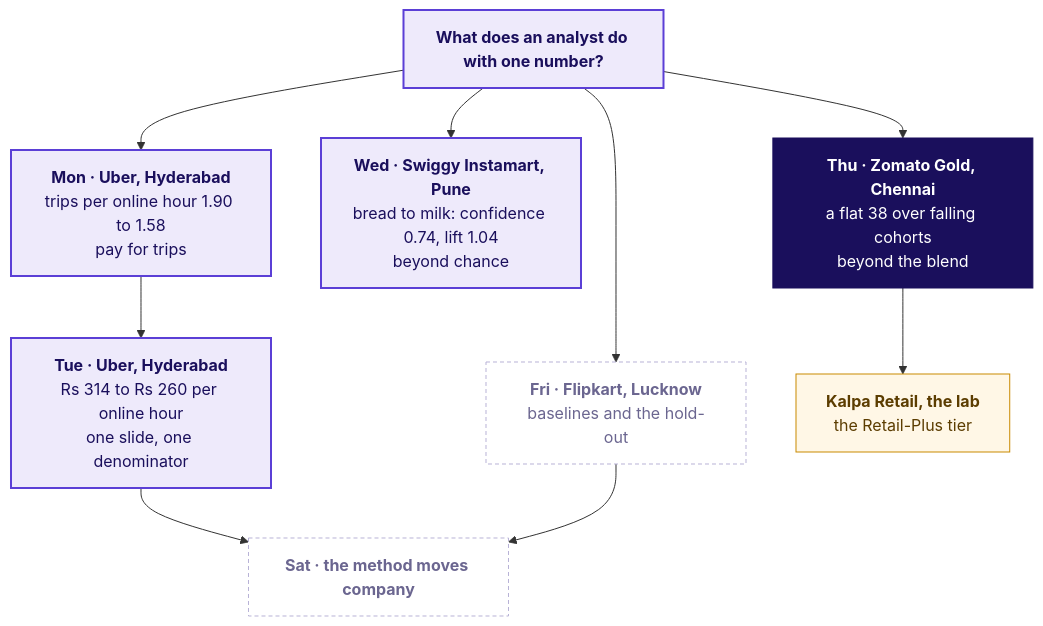
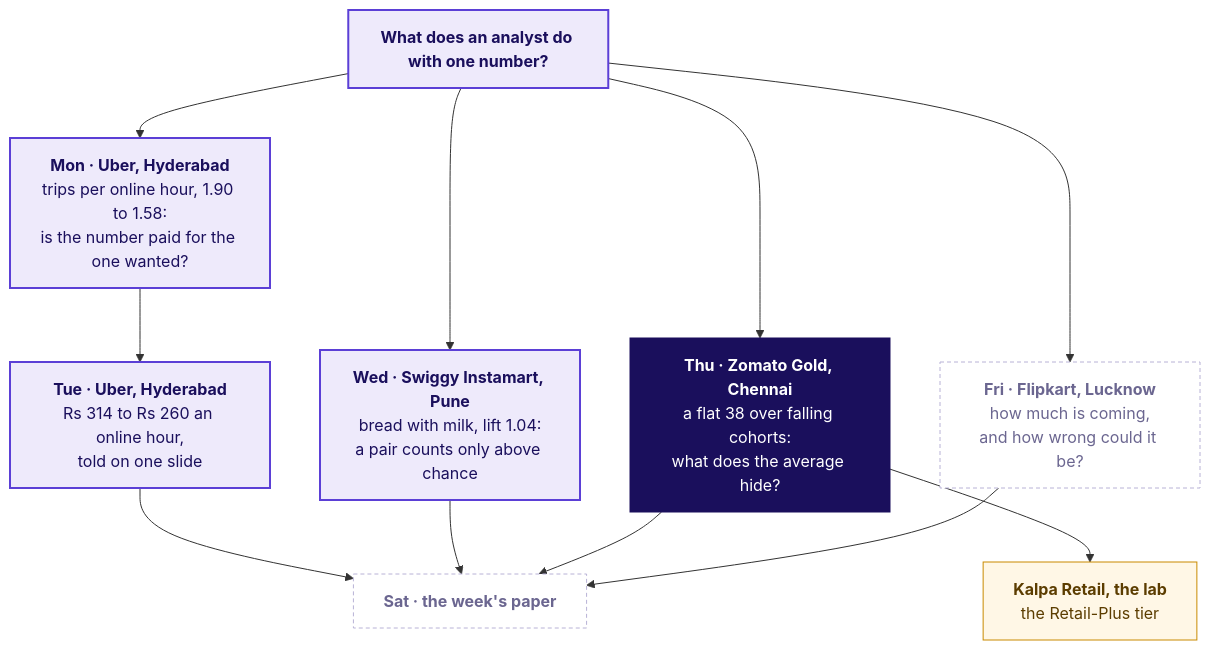
One commit to fde-academy-lab/c2-content-factory changed the first of 6 diagrams in content/W04/D4/slides/C2_W04_D04_half1_STUDENT.md. Above: the diagram before and after it, drawn with Mermaid. The commit also changed other lines of this file and 5 other files, not shown here.

````diff
--- a/content/W04/D4/slides/C2_W04_D04_half1_STUDENT.md
+++ b/content/W04/D4/slides/C2_W04_D04_half1_STUDENT.md
@@ -40,26 +42,28 @@
 ```mermaid
 flowchart TD
     C["<b>What does an analyst do with one number?</b>"]
-    M["<b>Mon · Uber, Hyderabad</b><br/>trips per online hour 1.90 to 1.58<br/>pay for trips"]
-    T["<b>Tue · Uber, Hyderabad</b><br/>Rs 314 to Rs 260 per online hour<br/>one slide, one denominator"]
-    W["<b>Wed · Swiggy Instamart, Pune</b><br/>bread to milk: confidence 0.74, lift 1.04<br/>beyond chance"]
-    H["<b>Thu · Zomato Gold, Chennai</b><br/>a flat 38 over falling cohorts<br/>beyond the blend"]
-    F["<b>Fri · Flipkart, Lucknow</b><br/>baselines and the hold-out"]
-    S["<b>Sat · the method moves company</b>"]
+    M["<b>Mon · Uber, Hyderabad</b><br/>trips per online hour, 1.90 to 1.58:<br/>is the number paid for the one wanted?"]
+    T["<b>Tue · Uber, Hyderabad</b><br/>Rs 314 to Rs 260 an online hour,<br/>told on one slide"]
+    W["<b>Wed · Swiggy Instamart, Pune</b><br/>bread with milk, lift 1.04:<br/>a pair counts only above chance"]
+    H["<b>Thu · Zomato Gold, Chennai</b><br/>a flat 38 over falling cohorts:<br/>what does the average hide?"]
+    F["<b>Fri · Flipkart, Lucknow</b><br/>how much is coming,<br/>and how wrong could it be?"]
+    S["<b>Sat · the week's paper</b>"]
     K["<b>Kalpa Retail, the lab</b><br/>the Retail-Plus tier"]
     C --> M --> T
     C --> W
     C --> H
     C --> F
     H --> K
     T --> S
+    W --> S
+    H --> S
     F --> S
     classDef lit fill:#1A0F5C,stroke:#1A0F5C,color:#FFFFFF
     classDef known fill:#EEEAFB,stroke:#5B3FD6,color:#1A0F5C,stroke-width:2px
     classDef unknown fill:#FFFFFF,stroke:#B8B2D6,color:#6B6690,stroke-dasharray:4 3
     classDef kalpa fill:#FFF7E6,stroke:#C98A00,color:#5C3D00
     class C,M,T,W known
     class H lit
     class F,S unknown
     class K kalpa
 ```
````
